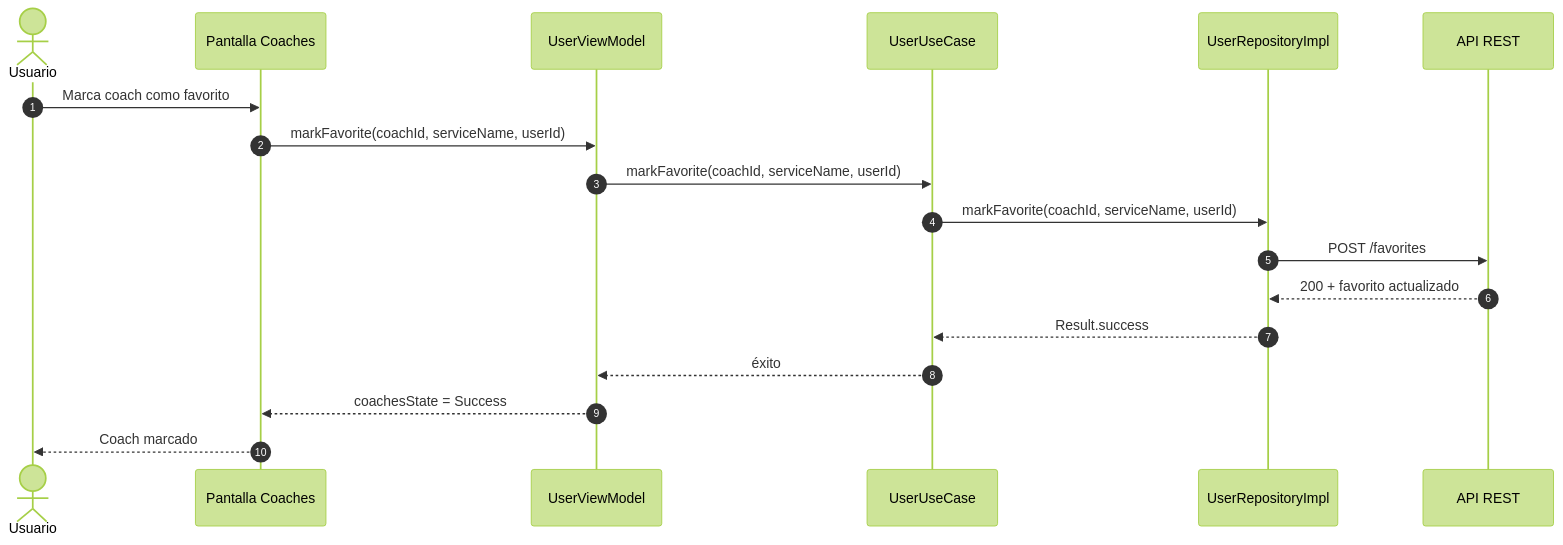
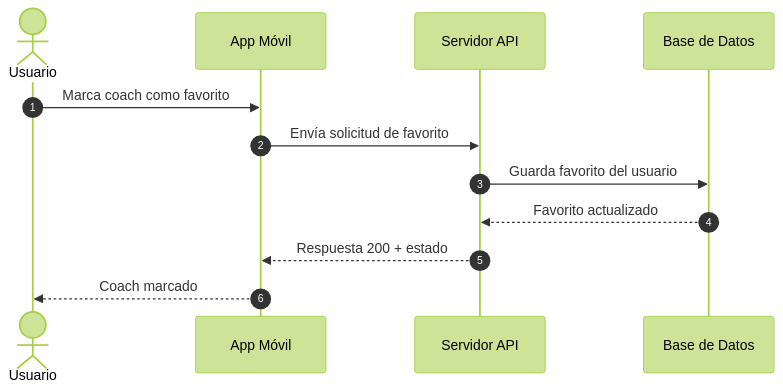
Before and after one commit to asobrados03/HumanPerformApp: the tenth of 12 diagrams in docs/SEQUENCE_DIAGRAMS.md, drawn with Mermaid (forest theme). The commit also changed other lines of this file, not shown here.

Commit message:
Ajustar diagrama de métodos de pago para usar Stripe

````diff
--- a/docs/SEQUENCE_DIAGRAMS.md
+++ b/docs/SEQUENCE_DIAGRAMS.md
@@ -235,21 +171,15 @@
 ```mermaid
 sequenceDiagram
     autonumber
     actor U as Usuario
-    participant UI as Pantalla Coaches
-    participant VM as UserViewModel
-    participant UC as UserUseCase
-    participant REPO as UserRepositoryImpl
-    participant API as API REST
+    participant APP as App Móvil
+    participant API as Servidor API
+    participant DB as Base de Datos
 
-    U->>UI: Marca coach como favorito
-    UI->>VM: markFavorite(coachId, serviceName, userId)
-    VM->>UC: markFavorite(coachId, serviceName, userId)
-    UC->>REPO: markFavorite(coachId, serviceName, userId)
-    REPO->>API: POST /favorites
-    API-->>REPO: 200 + favorito actualizado
-    REPO-->>UC: Result.success
-    UC-->>VM: éxito
-    VM-->>UI: coachesState = Success
-    UI-->>U: Coach marcado
+    U->>APP: Marca coach como favorito
+    APP->>API: Envía solicitud de favorito
+    API->>DB: Guarda favorito del usuario
+    DB-->>API: Favorito actualizado
+    API-->>APP: Respuesta 200 + estado
+    APP-->>U: Coach marcado
 ```
````
